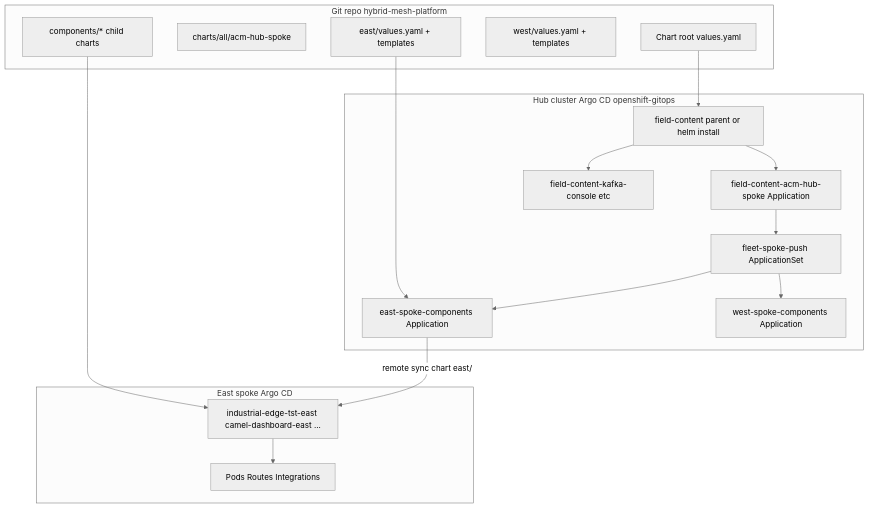
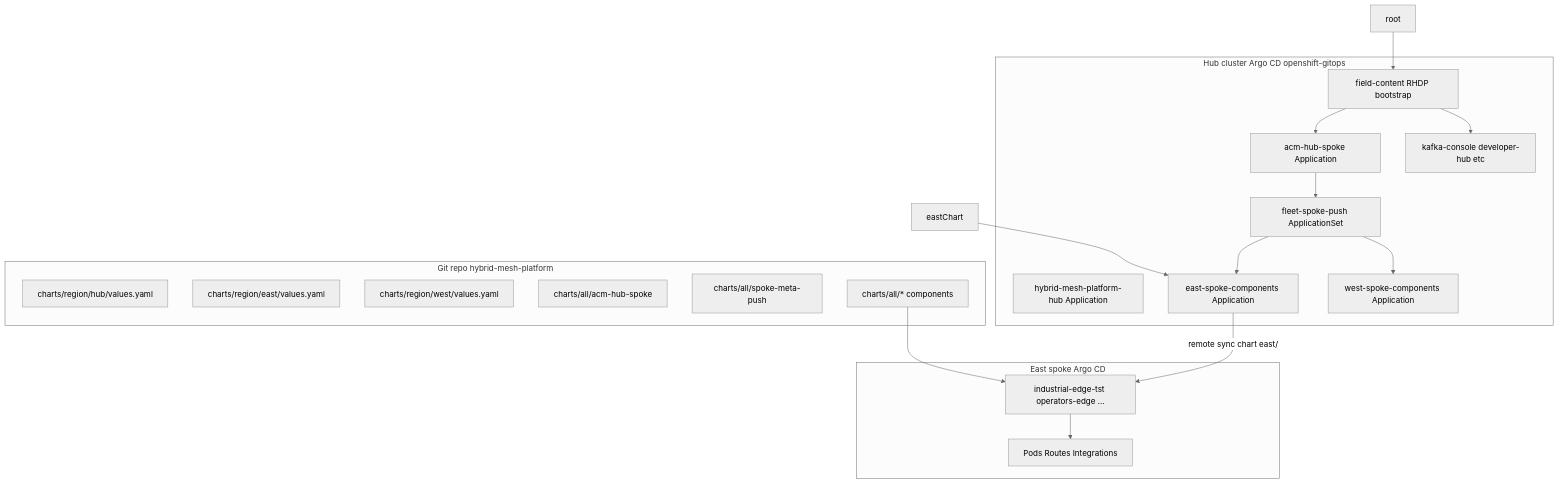
Before and after one commit to maximilianoPizarro/hybrid-mesh-platform: the diagram in docs/validatedpatterns-docs/gitops-deployment-chain.md, drawn with Mermaid (neutral theme). The commit also changed other lines of this file and 11 other files, not shown here.

First line of the commit message:
docs: align docs with region layout; delete east/west branches

````diff
--- a/docs/validatedpatterns-docs/gitops-deployment-chain.md
+++ b/docs/validatedpatterns-docs/gitops-deployment-chain.md
@@ -15,35 +15,37 @@
 ```mermaid
 flowchart TB
   subgraph git [Git repo hybrid-mesh-platform]
-    root[Chart root values.yaml]
+    hubRegion[charts/region/hub/values.yaml]
+    eastRegion[charts/region/east/values.yaml]
+    westRegion[charts/region/west/values.yaml]
     acmChart[charts/all/acm-hub-spoke]
-    eastChart[east/values.yaml + templates]
-    westChart[west/values.yaml + templates]
-    components[components/* child charts]
+    spokePush[charts/all/spoke-meta-push]
+    components[charts/all/* components]
   end
 
   subgraph hubCluster [Hub cluster Argo CD openshift-gitops]
-    rootApp[field-content parent or helm install]
-    acmApp[field-content-acm-hub-spoke Application]
+    rootApp[field-content RHDP bootstrap]
+    cgApp[hybrid-mesh-platform-hub Application]
+    acmApp[acm-hub-spoke Application]
     appSet[fleet-spoke-push ApplicationSet]
     eastParent[east-spoke-components Application]
     westParent[west-spoke-components Application]
-    hubApps[field-content-kafka-console etc]
+    hubApps[kafka-console developer-hub etc]
   end
 
   subgraph eastCluster [East spoke Argo CD]
-    eastChild[industrial-edge-tst-east camel-dashboard-east ...]
+    eastChild[industrial-edge-tst operators-edge ...]
     eastWorkloads[Pods Routes Integrations]
   end
 
   root --> rootApp
   rootApp --> acmApp
   rootApp --> hubApps
   acmApp --> appSet
   appSet --> eastParent
   appSet --> westParent
   eastParent -->|remote sync chart east/| eastChild
   eastChild --> eastWorkloads
   eastChart --> eastParent
   components --> eastChild
 ```
````
